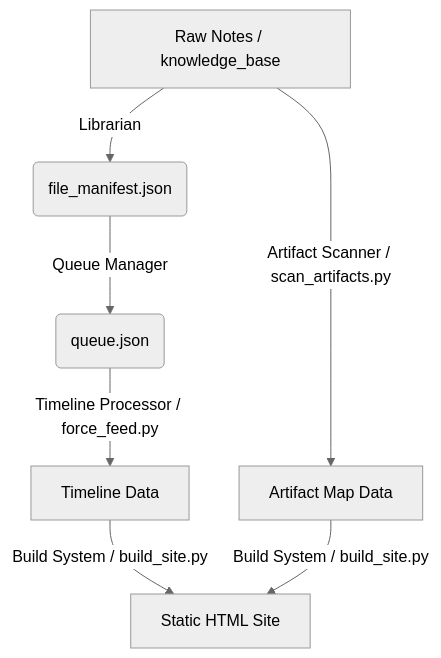
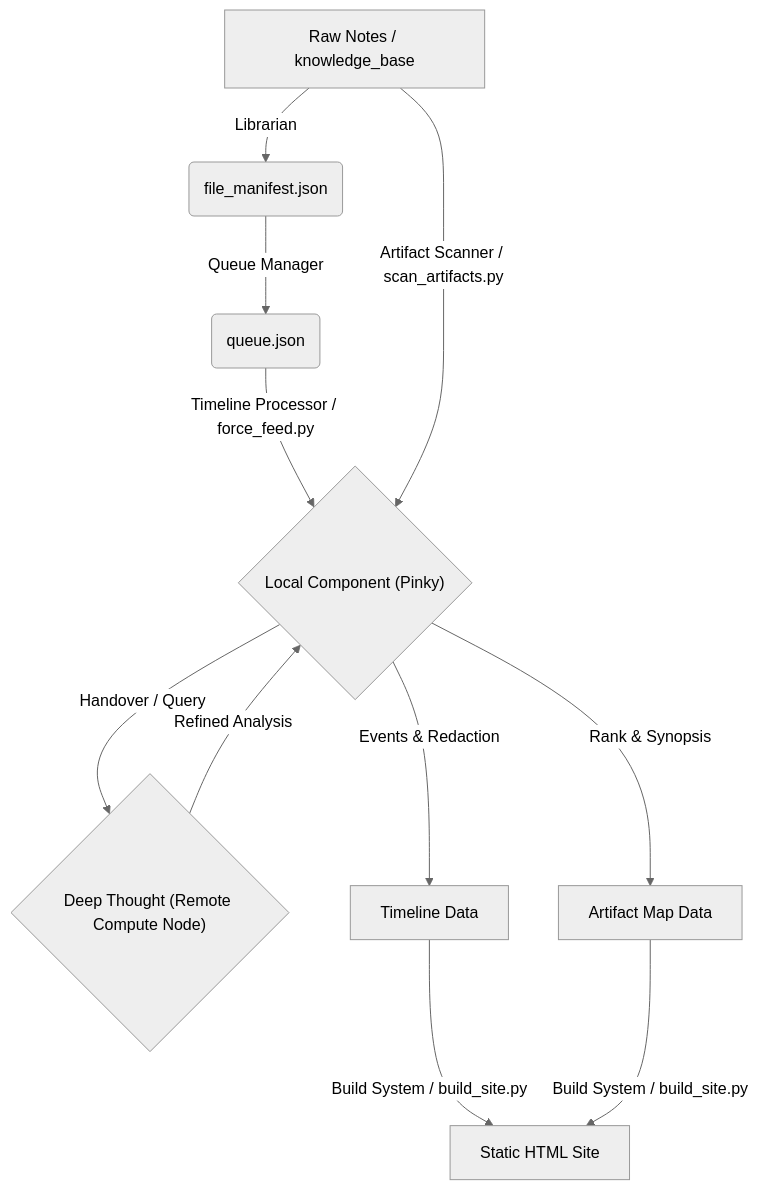
One commit to kEnder242/Portfolio_Dev changed the diagram in README.md. Above: the diagram before and after it, drawn with Mermaid (neutral theme). The commit also changed other lines of this file and 2 other files, not shown here.

Commit message:
feat: integrate Deep Thought node in README and fix intercom.html layout container

````diff
--- a/README.md
+++ b/README.md
@@ -31,8 +32,12 @@
 ```mermaid
 graph TD
     A[Raw Notes / knowledge_base] -->|Librarian| B(file_manifest.json)
     B -->|Queue Manager| C(queue.json)
-    C -->|Timeline Processor / force_feed.py| D[Timeline Data]
-    A -->|Artifact Scanner / scan_artifacts.py| E[Artifact Map Data]
-    D & E -->|Build System / build_site.py| F[Static HTML Site]
+    C -->|Timeline Processor / force_feed.py| D{"Local Component (Pinky)"}
+    A -->|Artifact Scanner / scan_artifacts.py| D
+    D -->|Handover / Query| H{"Deep Thought (Remote Compute Node)"}
+    H -->|Refined Analysis| D
+    D -->|Events & Redaction| E[Timeline Data]
+    D -->|Rank & Synopsis| F[Artifact Map Data]
+    E & F -->|Build System / build_site.py| G[Static HTML Site]
 ```
````
